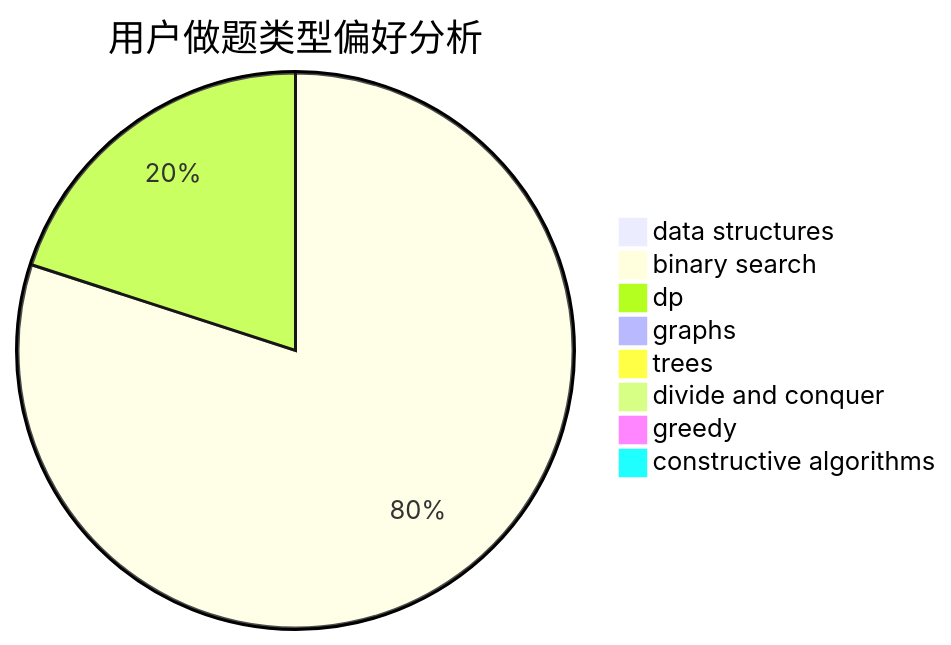
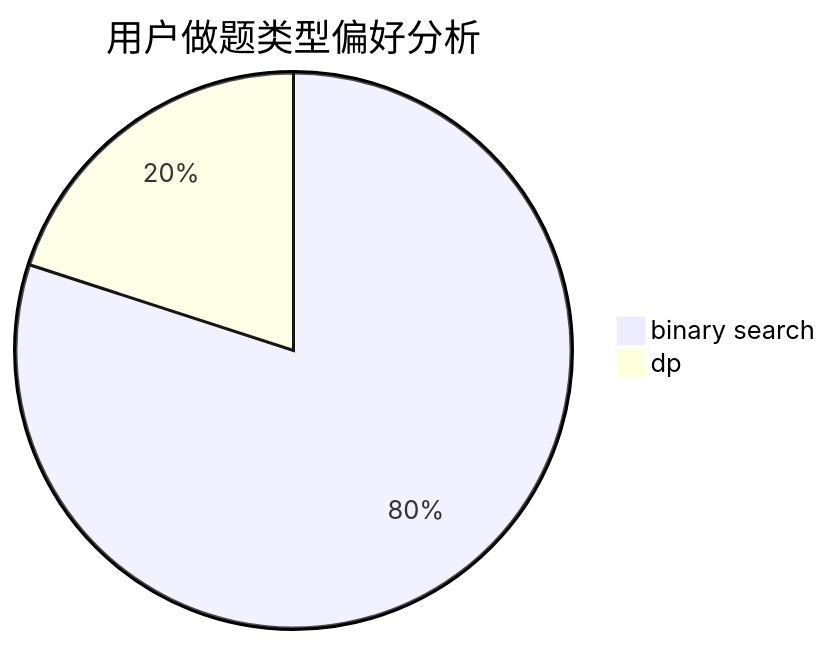
One commit to sherpahu/cfrs.github.io changed the second of 3 diagrams in docs/user/u148.md. Above: the diagram before and after it, drawn with Mermaid. The commit also changed other lines of this file and 2770 other files, not shown here.

````diff
--- a/docs/user/u148.md
+++ b/docs/user/u148.md
@@ -18,11 +14,5 @@
 ```mermaid
 pie title 用户做题类型偏好分析
-    "data structures" :  0
     "binary search" :  12
     "dp" :  3
-    "graphs" :  0
-    "trees" :  0
-    "divide and conquer" :  0
-    "greedy" :  0
-    "constructive algorithms" :  0
 ```
````
